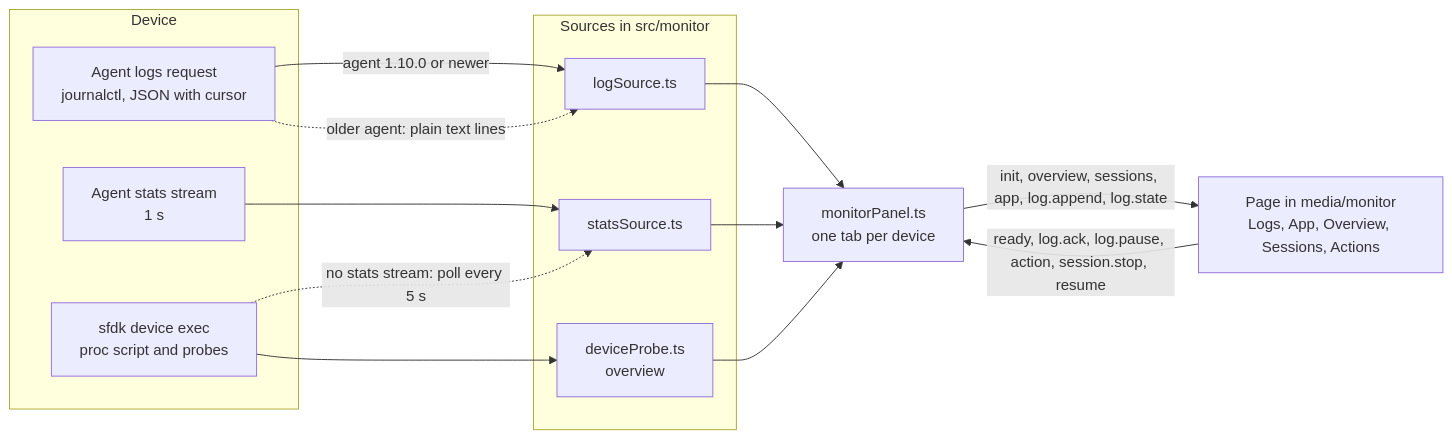
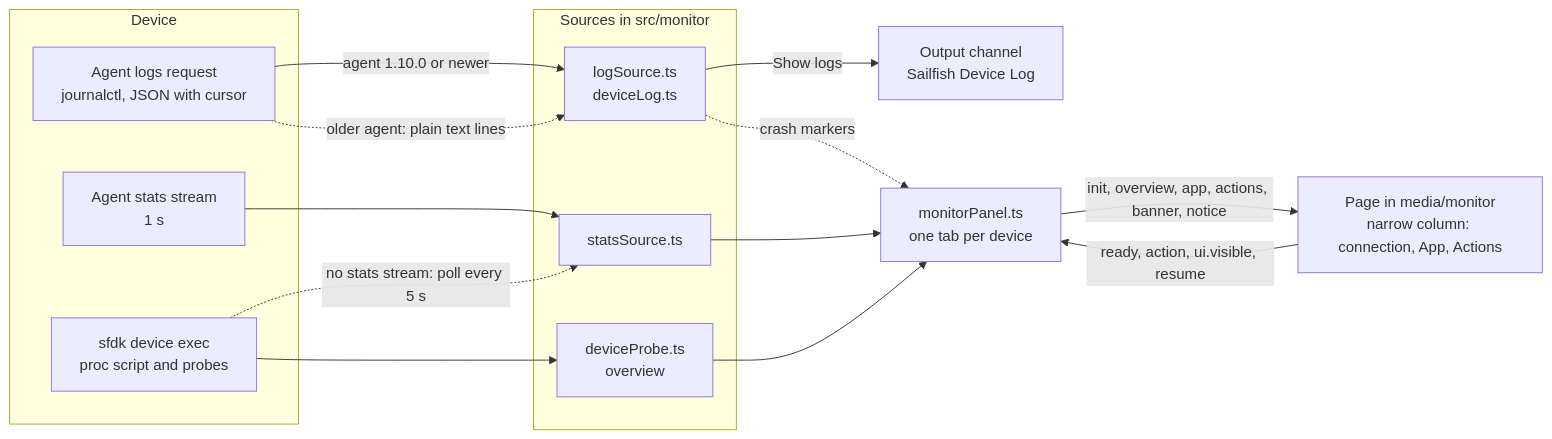
One commit to minhdangphuoc/sardina changed the fourth of 4 diagrams in README.md. Above: the diagram before and after it, drawn with Mermaid. The commit also changed other lines of this file and 1 other file, not shown here.

Commit message:
Document the narrow Device Monitor and the single device log channel

````diff
--- a/README.md
+++ b/README.md
@@ -262,25 +261,27 @@
 ```mermaid
 flowchart LR
   subgraph PHONE["Device"]
     AGL["Agent logs request<br/>journalctl, JSON with cursor"]
     AGS["Agent stats stream<br/>1 s"]
     SHL["sfdk device exec<br/>proc script and probes"]
   end
   subgraph SRC["Sources in src/monitor"]
-    LS["logSource.ts"]
+    LS["logSource.ts<br/>deviceLog.ts"]
     SS["statsSource.ts"]
     DP["deviceProbe.ts<br/>overview"]
   end
+  OUT["Output channel<br/>Sailfish Device Log"]
   PNL["monitorPanel.ts<br/>one tab per device"]
-  WV["Page in media/monitor<br/>Logs, App, Overview, Sessions, Actions"]
+  WV["Page in media/monitor<br/>narrow column: connection, App, Actions"]
   AGL -->|"agent 1.10.0 or newer"| LS
   AGL -.->|"older agent: plain text lines"| LS
   AGS --> SS
   SHL -.->|"no stats stream: poll every 5 s"| SS
   SHL --> DP
-  LS --> PNL
+  LS -->|"Show logs"| OUT
+  LS -.->|"crash markers"| PNL
   SS --> PNL
   DP --> PNL
-  PNL -->|"init, overview, sessions, app, log.append, log.state"| WV
-  WV -->|"ready, log.ack, log.pause, action, session.stop, resume"| PNL
+  PNL -->|"init, overview, app, actions, banner, notice"| WV
+  WV -->|"ready, action, ui.visible, resume"| PNL
 ```
````
